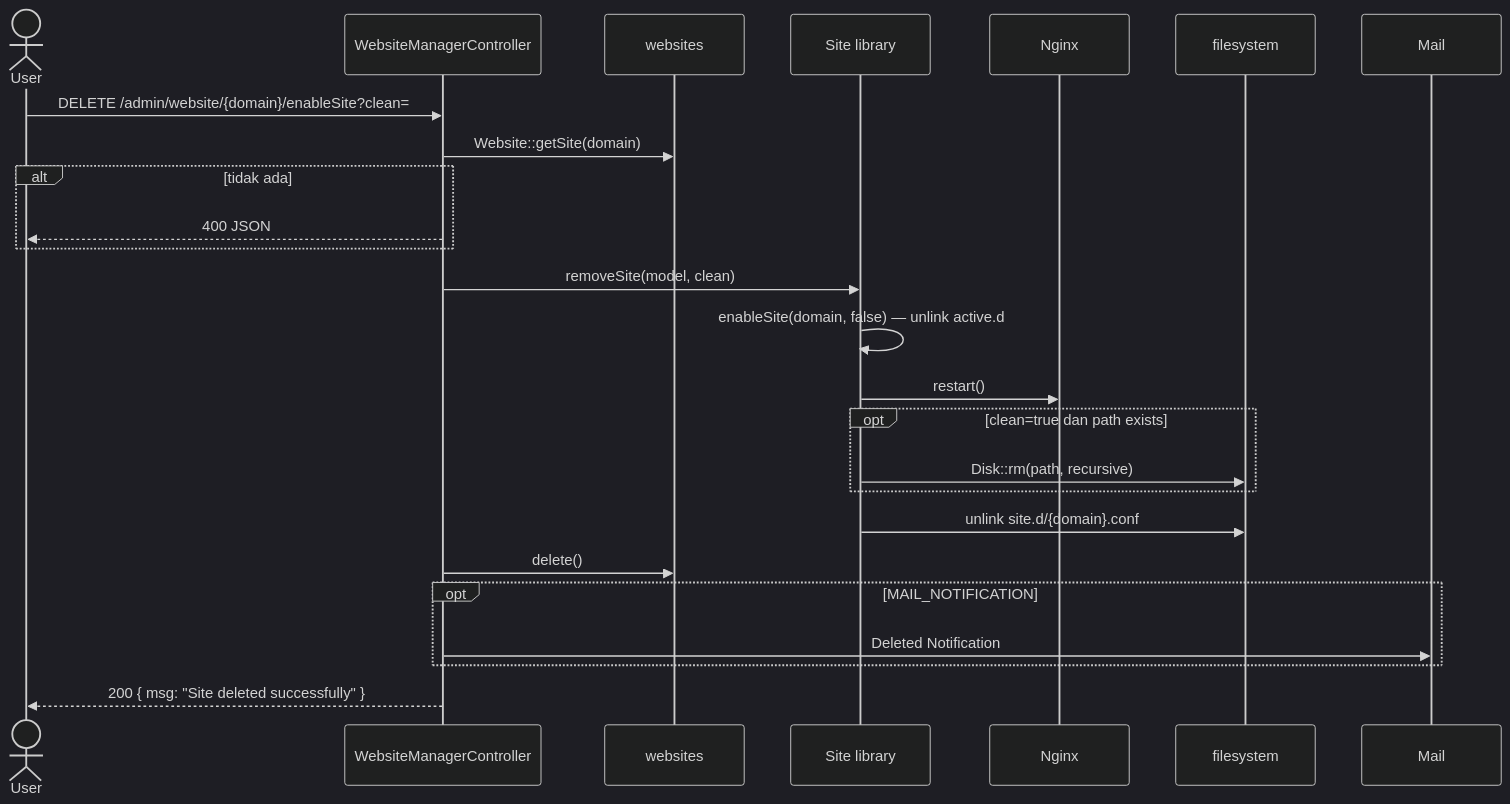
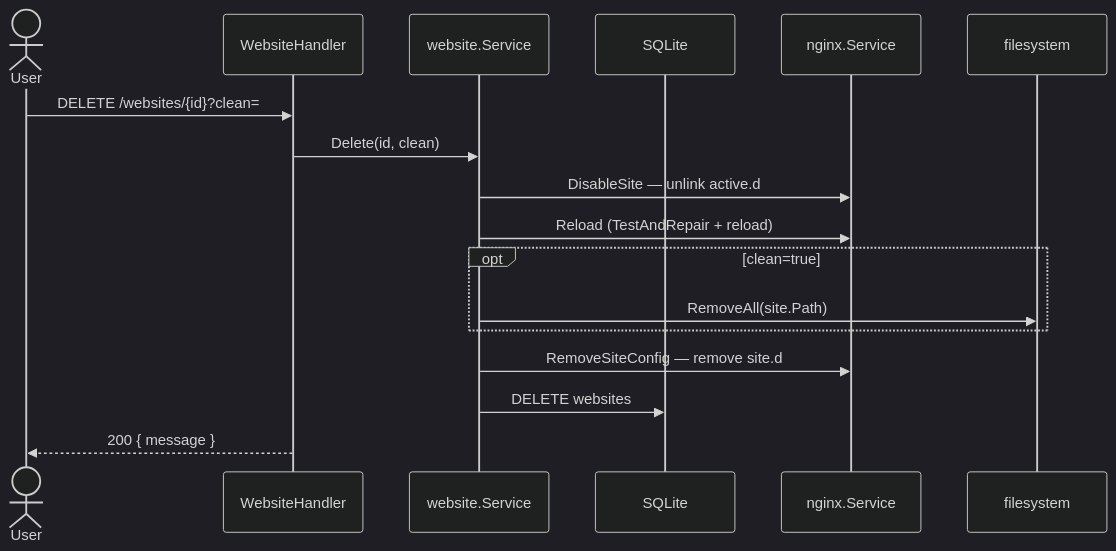
One commit to jahrulnr/GoSite changed the diagram in docs/sequences/09-website-delete.md. Above: the diagram before and after it, drawn with Mermaid (dark theme). The commit also changed other lines of this file and 107 other files, not shown here.

````diff
--- a/docs/sequences/09-website-delete.md
+++ b/docs/sequences/09-website-delete.md
@@ -5,28 +7,20 @@
 ```mermaid
 sequenceDiagram
     actor User
-    participant WM as WebsiteManagerController
-    participant DB as websites
-    participant Site as Site library
-    participant Ngx as Nginx
+    participant API as WebsiteHandler
+    participant Svc as website.Service
+    participant DB as SQLite
+    participant NGX as nginx.Service
     participant FS as filesystem
-    participant Mail
 
-    User->>WM: DELETE /admin/website/{domain}/enableSite?clean=
-    WM->>DB: Website::getSite(domain)
-    alt tidak ada
-        WM-->>User: 400 JSON
+    User->>API: DELETE /websites/{id}?clean=
+    API->>Svc: Delete(id, clean)
+    Svc->>NGX: DisableSite — unlink active.d
+    Svc->>NGX: Reload (TestAndRepair + reload)
+    opt clean=true
+        Svc->>FS: RemoveAll(site.Path)
     end
-    WM->>Site: removeSite(model, clean)
-    Site->>Site: enableSite(domain, false) — unlink active.d
-    Site->>Ngx: restart()
-    opt clean=true dan path exists
-        Site->>FS: Disk::rm(path, recursive)
-    end
-    Site->>FS: unlink site.d/{domain}.conf
-    WM->>DB: delete()
-    opt MAIL_NOTIFICATION
-        WM->>Mail: Deleted Notification
-    end
-    WM-->>User: 200 { msg: "Site deleted successfully" }
+    Svc->>NGX: RemoveSiteConfig — remove site.d
+    Svc->>DB: DELETE websites
+    API-->>User: 200 { message }
 ```
````
